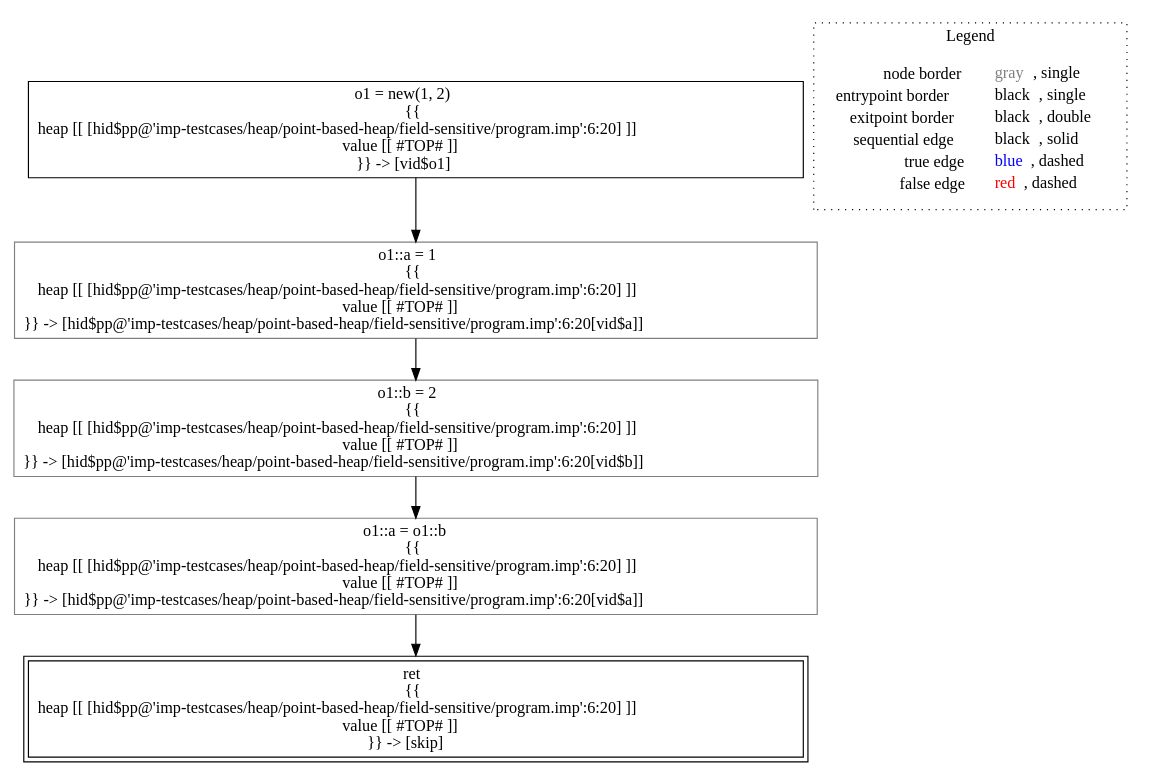
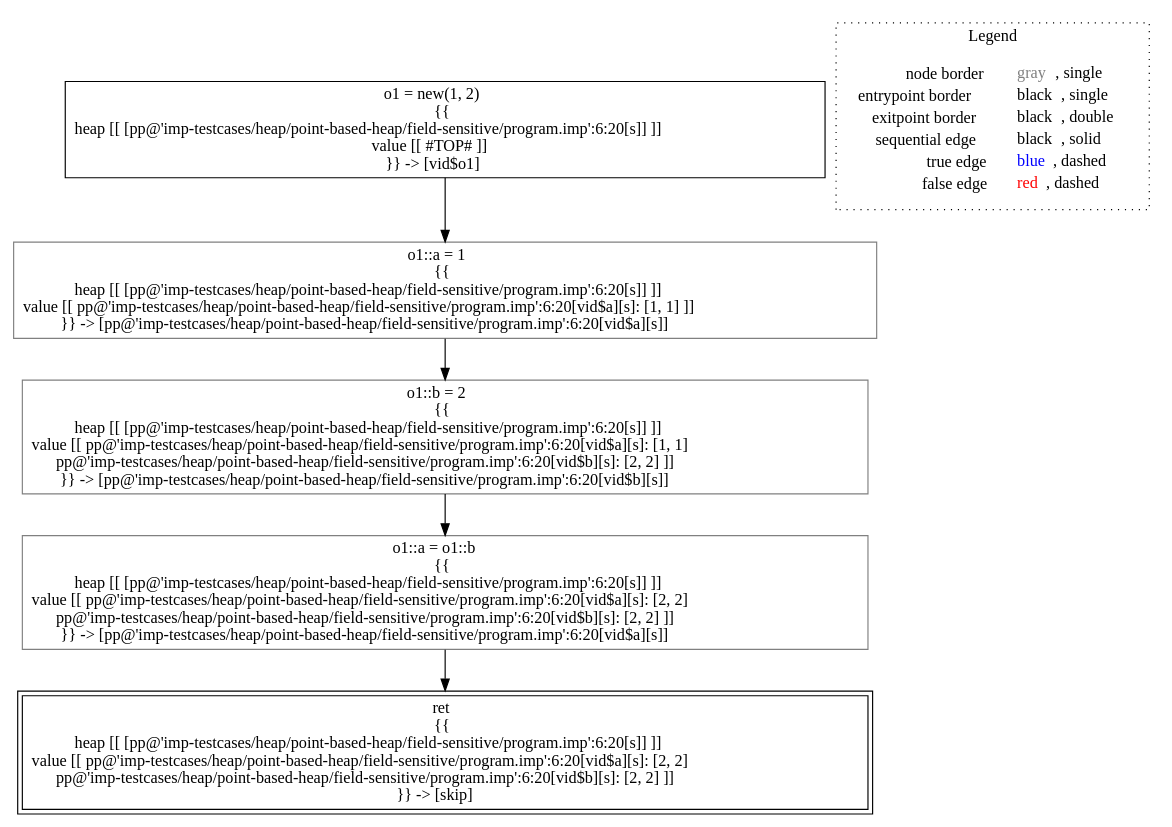
Before and after one commit to lisa-analyzer/lisa: the diagram in lisa/imp-testcases/heap/point-based-heap/field-sensitive/analysis___untyped_A.f1(A_this).dot, drawn with Graphviz. The commit also changed 6 other files, not shown here.

Commit message:
tests for field sensitive analysis and small refactoring

```diff
--- a/lisa/imp-testcases/heap/point-based-heap/field-sensitive/analysis___untyped_A.f1(A_this).dot
+++ b/lisa/imp-testcases/heap/point-based-heap/field-sensitive/analysis___untyped_A.f1(A_this).dot
@@ -1,18 +1,18 @@
 digraph {
-	"node0" [shape="rect",color="black",label=<o1 = new(1, 2)<BR/>{{<BR/>heap [[ [hid$pp@'imp-testcases/heap/point-based-heap/field-sensitive/program.imp':6:20] ]]<BR/>value [[ #TOP# ]]<BR/>}} -&gt; [vid$o1]>];
-	"node1" [shape="rect",color="gray",label=<o1::a = 1<BR/>{{<BR/>heap [[ [hid$pp@'imp-testcases/heap/point-based-heap/field-sensitive/program.imp':6:20] ]]<BR/>value [[ #TOP# ]]<BR/>}} -&gt; [hid$pp@'imp-testcases/heap/point-based-heap/field-sensitive/program.imp':6:20[vid$a]]>];
-	"node2" [shape="rect",color="black",peripheries="2",label=<ret<BR/>{{<BR/>heap [[ [hid$pp@'imp-testcases/heap/point-based-heap/field-sensitive/program.imp':6:20] ]]<BR/>value [[ #TOP# ]]<BR/>}} -&gt; [skip]>];
-	"node3" [shape="rect",color="gray",label=<o1::b = 2<BR/>{{<BR/>heap [[ [hid$pp@'imp-testcases/heap/point-based-heap/field-sensitive/program.imp':6:20] ]]<BR/>value [[ #TOP# ]]<BR/>}} -&gt; [hid$pp@'imp-testcases/heap/point-based-heap/field-sensitive/program.imp':6:20[vid$b]]>];
-	"node4" [shape="rect",color="gray",label=<o1::a = o1::b<BR/>{{<BR/>heap [[ [hid$pp@'imp-testcases/heap/point-based-heap/field-sensitive/program.imp':6:20] ]]<BR/>value [[ #TOP# ]]<BR/>}} -&gt; [hid$pp@'imp-testcases/heap/point-based-heap/field-sensitive/program.imp':6:20[vid$a]]>];
-	"node1" -> "node3" [color="black"];
-	"node3" -> "node4" [color="black"];
-	"node4" -> "node2" [color="black"];
+	"node0" [shape="rect",color="black",label=<o1 = new(1, 2)<BR/>{{<BR/>heap [[ [pp@'imp-testcases/heap/point-based-heap/field-sensitive/program.imp':6:20[s]] ]]<BR/>value [[ #TOP# ]]<BR/>}} -&gt; [vid$o1]>];
+	"node1" [shape="rect",color="gray",label=<o1::a = 1<BR/>{{<BR/>heap [[ [pp@'imp-testcases/heap/point-based-heap/field-sensitive/program.imp':6:20[s]] ]]<BR/>value [[ pp@'imp-testcases/heap/point-based-heap/field-sensitive/program.imp':6:20[vid$a][s]: [1, 1] ]]<BR/>}} -&gt; [pp@'imp-testcases/heap/point-based-heap/field-sensitive/program.imp':6:20[vid$a][s]]>];
+	"node2" [shape="rect",color="black",peripheries="2",label=<ret<BR/>{{<BR/>heap [[ [pp@'imp-testcases/heap/point-based-heap/field-sensitive/program.imp':6:20[s]] ]]<BR/>value [[ pp@'imp-testcases/heap/point-based-heap/field-sensitive/program.imp':6:20[vid$a][s]: [2, 2]<BR/>pp@'imp-testcases/heap/point-based-heap/field-sensitive/program.imp':6:20[vid$b][s]: [2, 2] ]]<BR/>}} -&gt; [skip]>];
+	"node3" [shape="rect",color="gray",label=<o1::a = o1::b<BR/>{{<BR/>heap [[ [pp@'imp-testcases/heap/point-based-heap/field-sensitive/program.imp':6:20[s]] ]]<BR/>value [[ pp@'imp-testcases/heap/point-based-heap/field-sensitive/program.imp':6:20[vid$a][s]: [2, 2]<BR/>pp@'imp-testcases/heap/point-based-heap/field-sensitive/program.imp':6:20[vid$b][s]: [2, 2] ]]<BR/>}} -&gt; [pp@'imp-testcases/heap/point-based-heap/field-sensitive/program.imp':6:20[vid$a][s]]>];
+	"node4" [shape="rect",color="gray",label=<o1::b = 2<BR/>{{<BR/>heap [[ [pp@'imp-testcases/heap/point-based-heap/field-sensitive/program.imp':6:20[s]] ]]<BR/>value [[ pp@'imp-testcases/heap/point-based-heap/field-sensitive/program.imp':6:20[vid$a][s]: [1, 1]<BR/>pp@'imp-testcases/heap/point-based-heap/field-sensitive/program.imp':6:20[vid$b][s]: [2, 2] ]]<BR/>}} -&gt; [pp@'imp-testcases/heap/point-based-heap/field-sensitive/program.imp':6:20[vid$b][s]]>];
+	"node1" -> "node4" [color="black"];
+	"node3" -> "node2" [color="black"];
 	"node0" -> "node1" [color="black"];
+	"node4" -> "node3" [color="black"];
 subgraph cluster_legend {
 	label="Legend";
 	style=dotted;
 	node [shape=plaintext];
 	"legend" [label=<<table border="0" cellpadding="2" cellspacing="0" cellborder="0"><tr><td align="right">node border&nbsp;</td><td align="left"><font color="gray">gray</font>, single</td></tr><tr><td align="right">entrypoint border&nbsp;</td><td align="left"><font color="black">black</font>, single</td></tr><tr><td align="right">exitpoint border&nbsp;</td><td align="left"><font color="black">black</font>, double</td></tr><tr><td align="right">sequential edge&nbsp;</td><td align="left"><font color="black">black</font>, solid</td></tr><tr><td align="right">true edge&nbsp;</td><td align="left"><font color="blue">blue</font>, dashed</td></tr><tr><td align="right">false edge&nbsp;</td><td align="left"><font color="red">red</font>, dashed</td></tr></table>>];
 }
 
 }
```
